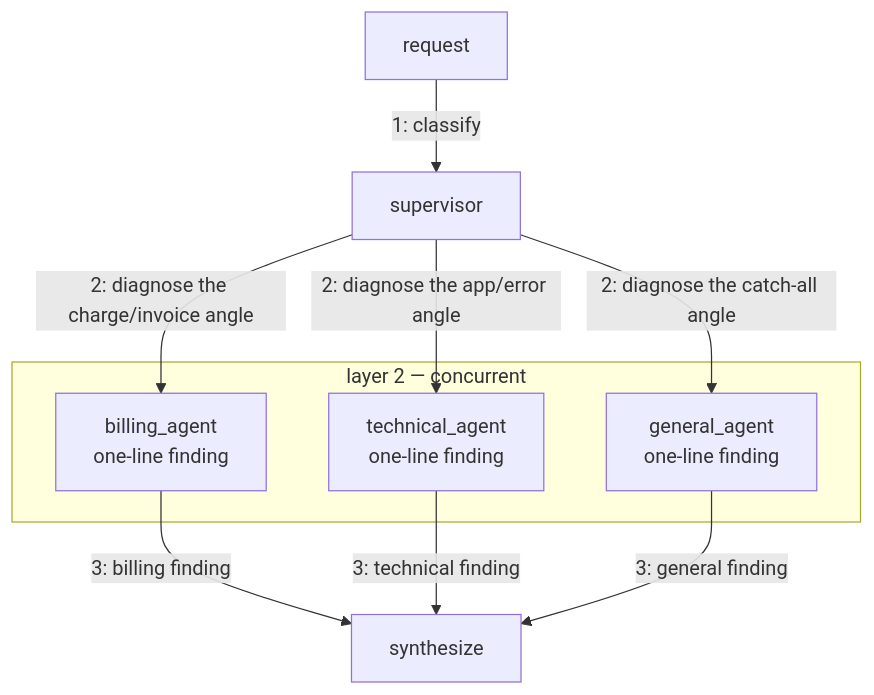
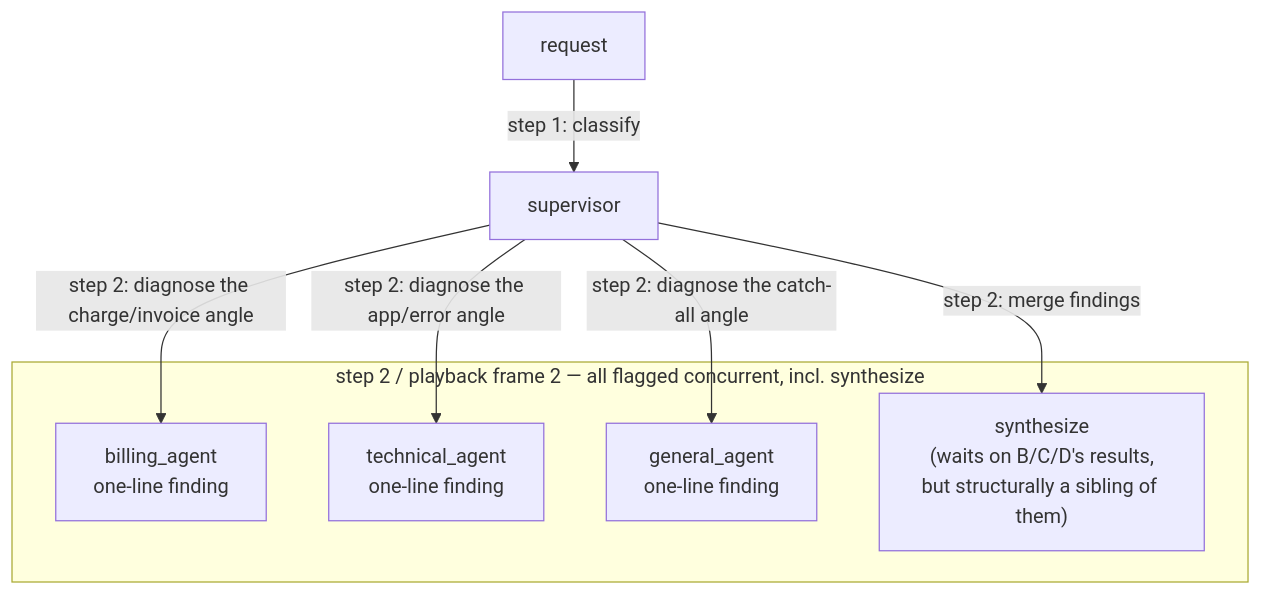
Before and after one commit to RhysBuilds93/praximetry: the seventh of 11 diagrams in src/praximetry/examples/workflows/ARCHITECTURES.md, drawn with Mermaid. The commit also changed other lines of this file, not shown here.

First line of the commit message:
Fix supervisor-delegation diagram: synthesize shares step 2, not step 3

````diff
--- a/src/praximetry/examples/workflows/ARCHITECTURES.md
+++ b/src/praximetry/examples/workflows/ARCHITECTURES.md
@@ -200,15 +201,14 @@
 ```mermaid
 graph TD
-    R[request] -->|"1: classify"| A[supervisor]
-    A -->|"2: diagnose the charge/invoice angle"| B["billing_agent<br/>one-line finding"]
-    A -->|"2: diagnose the app/error angle"| C["technical_agent<br/>one-line finding"]
-    A -->|"2: diagnose the catch-all angle"| D["general_agent<br/>one-line finding"]
-    subgraph "layer 2 — concurrent"
+    R[request] -->|"step 1: classify"| A[supervisor]
+    A -->|"step 2: diagnose the charge/invoice angle"| B["billing_agent<br/>one-line finding"]
+    A -->|"step 2: diagnose the app/error angle"| C["technical_agent<br/>one-line finding"]
+    A -->|"step 2: diagnose the catch-all angle"| D["general_agent<br/>one-line finding"]
+    A -->|"step 2: merge findings"| E["synthesize<br/>(waits on B/C/D's results,\nbut structurally a sibling of them)"]
+    subgraph "step 2 / playback frame 2 — all flagged concurrent, incl. synthesize"
         B
         C
         D
+        E
     end
-    B -->|"3: billing finding"| E[synthesize]
-    C -->|"3: technical finding"| E
-    D -->|"3: general finding"| E
 ```
````
